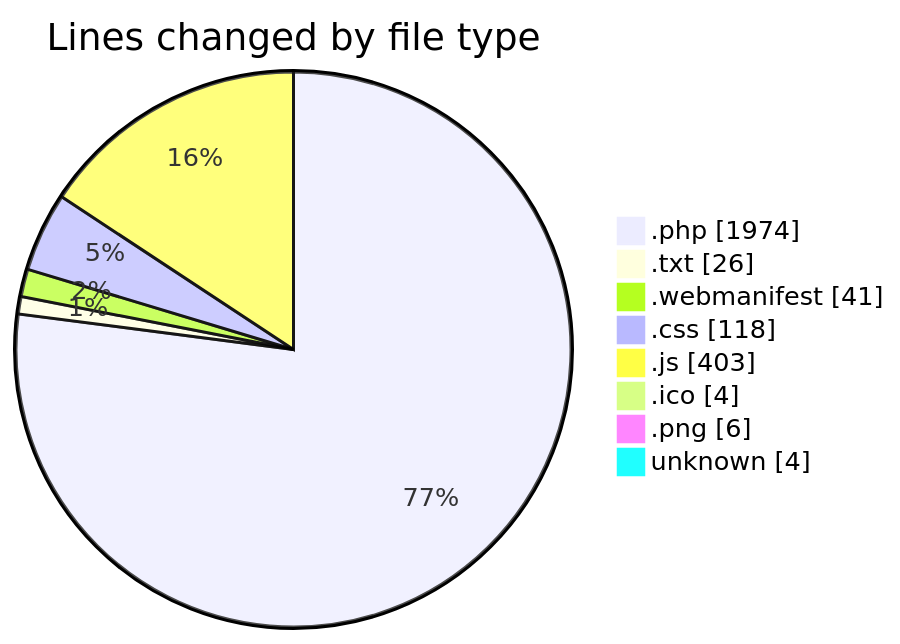
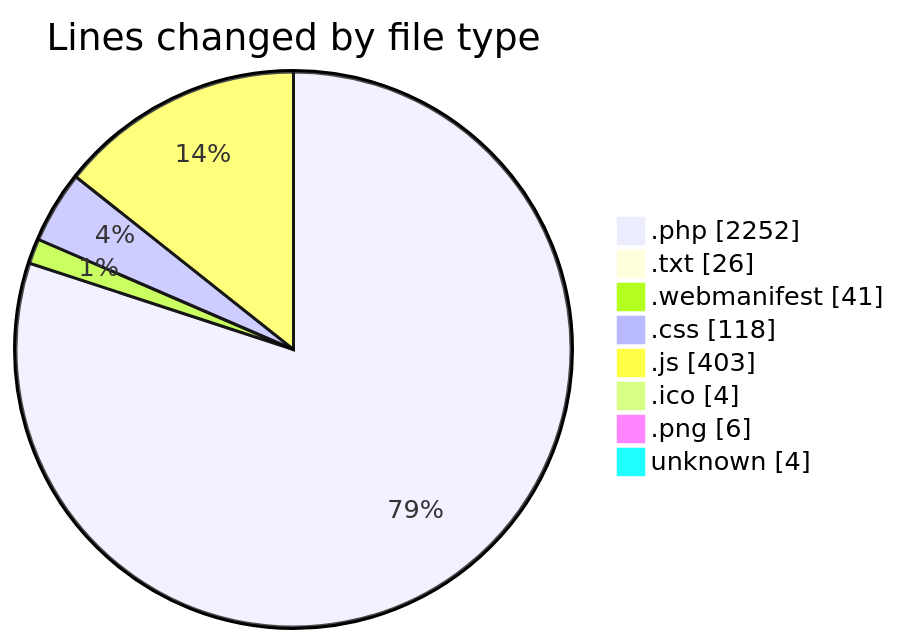
Before and after one commit to lephambinh05/code-tracking: the first of 2 diagrams in 2025-08-20/quytuthien_vn/README.md, drawn with Mermaid. The commit also changed other lines of this file and 1 other file, not shown here.

````diff
--- a/2025-08-20/quytuthien_vn/README.md
+++ b/2025-08-20/quytuthien_vn/README.md
@@ -73,12 +80,12 @@
 ```mermaid
 pie showData
 title Lines changed by file type
-".php" : 1974
+".php" : 2252
 ".txt" : 26
 ".webmanifest" : 41
 ".css" : 118
 ".js" : 403
 ".ico" : 4
 ".png" : 6
 "unknown" : 4
 ```
````
